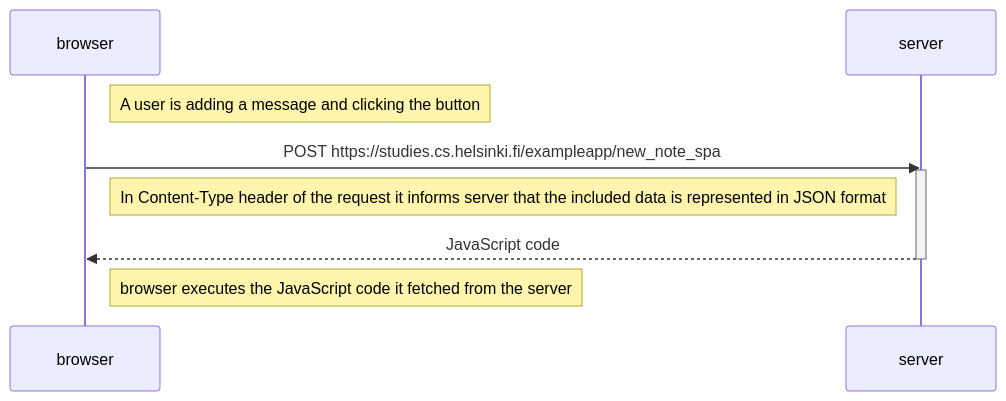
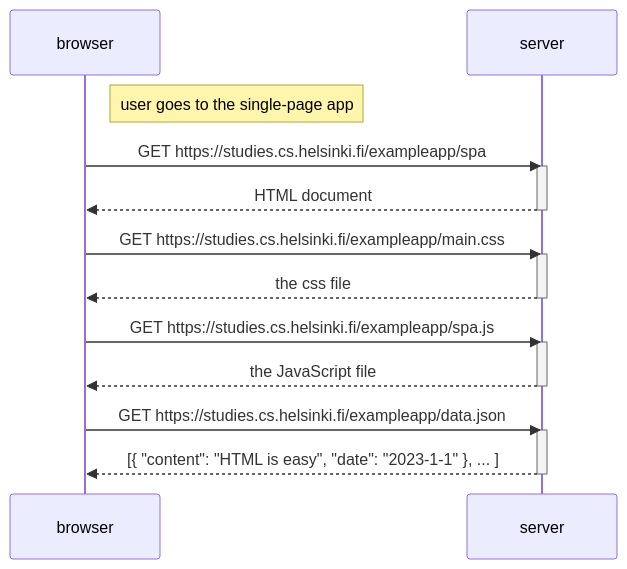
Before and after one commit to karolinakwasny/Full_Stack_open: the diagram in part0/single_page_app_diagram.md, drawn with Mermaid. The commit also changed 1 other file, not shown here.

Commit message:
mixed 05 with 06 btw

````diff
--- a/part0/single_page_app_diagram.md
+++ b/part0/single_page_app_diagram.md
@@ -1,17 +1,28 @@
 ```mermaid
 sequenceDiagram
     participant browser
     participant server
 
-    Note right of browser: A user is adding a message and clicking the button
+    Note right of browser: user goes to the single-page app
 
-    browser->>server: POST https://studies.cs.helsinki.fi/exampleapp/new_note_spa
+    browser->>server: GET https://studies.cs.helsinki.fi/exampleapp/spa
     activate server
-
-    Note right of browser: In Content-Type header of the request it informs server that the included data is represented in JSON format
-
-    server-->>browser: JavaScript code
+    server-->>browser: HTML document
     deactivate server
 
-    Note right of browser: browser executes the JavaScript code it fetched from the server
+    browser->>server: GET https://studies.cs.helsinki.fi/exampleapp/main.css
+    activate server
+    server-->>browser: the css file
+    deactivate server
+
+    browser->>server: GET https://studies.cs.helsinki.fi/exampleapp/spa.js
+    activate server
+    server-->>browser: the JavaScript file
+    deactivate server
+
+    browser->>server: GET https://studies.cs.helsinki.fi/exampleapp/data.json
+    activate server
+    server-->>browser: [{ "content": "HTML is easy", "date": "2023-1-1" }, ... ]
+    deactivate server
+
 ```
````
